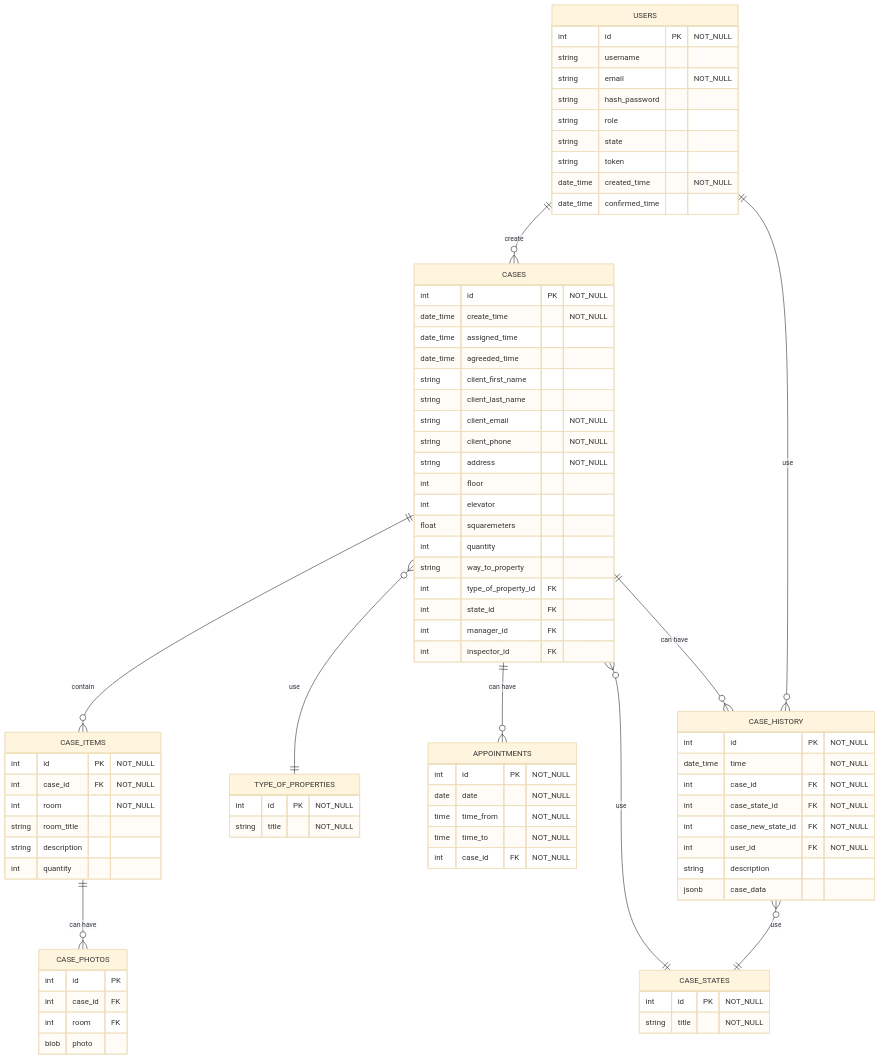
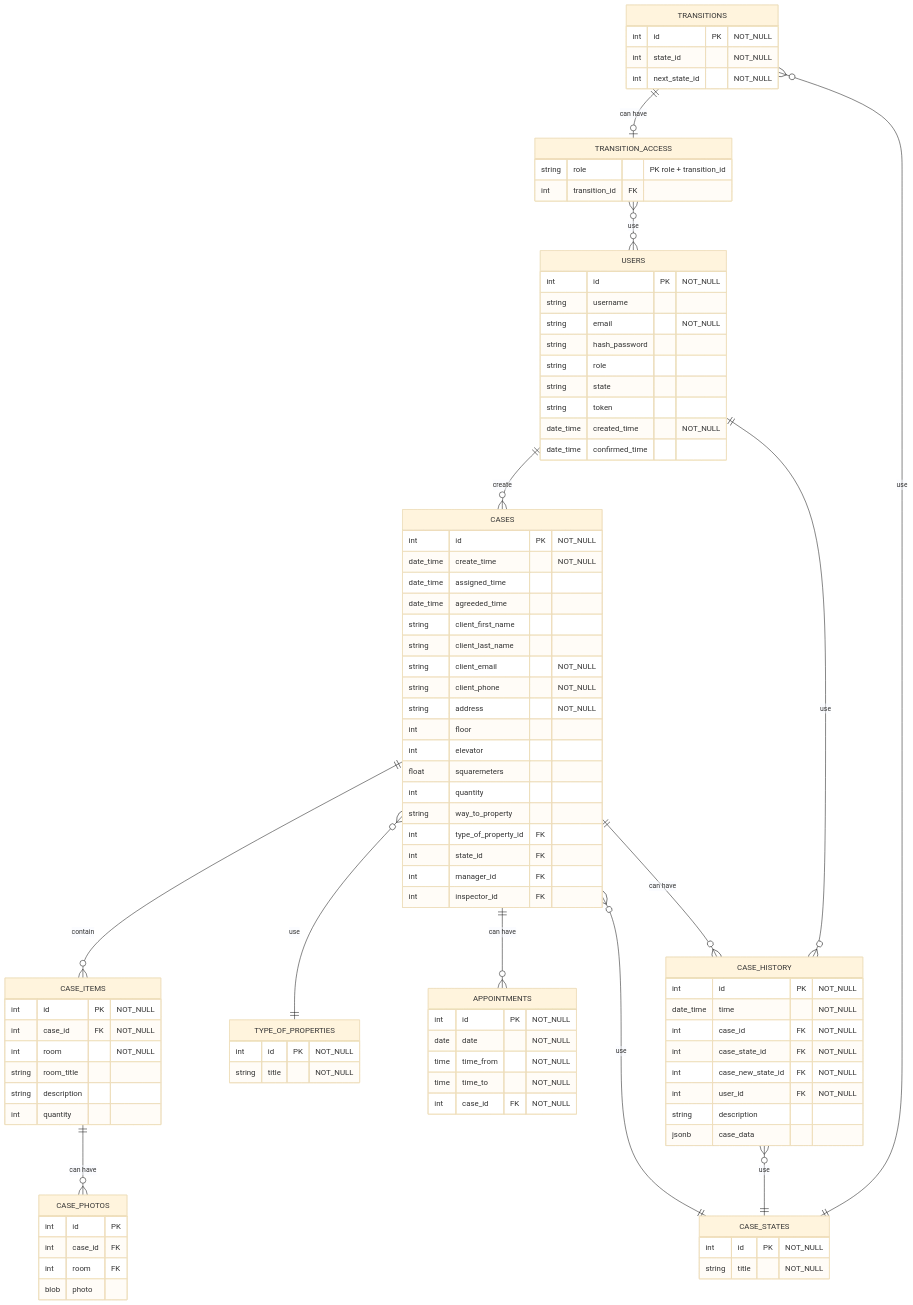
One commit to WildCodeSchool/2022-07-EN-Berlin-Remote1-Project3Planning changed the sixth of 6 diagrams in README.md. Above: the diagram before and after it, drawn with Mermaid.

Commit message:
Added trasitions tables to ER diagram

````diff
--- a/README.md
+++ b/README.md
@@ -299,6 +299,9 @@
     CASE_HISTORY o{--|| CASE_STATES : use
     CASE_HISTORY o{--|| USERS : use
     CASE_ITEMS ||--o{ CASE_PHOTOS : "can have"
+    TRANSITIONS ||--o| TRANSITION_ACCESS: "can have"
+    TRANSITION_ACCESS o{--o{ USERS: "use"
+    TRANSITIONS o{--|| CASE_STATES : use
     
     
     USERS {
@@ -380,4 +383,15 @@
         jsonb case_data
         
     }
+    
+    TRANSITIONS{
+        int id PK "NOT_NULL"
+        int state_id "NOT_NULL"
+        int next_state_id "NOT_NULL"
+    }
+    
+    TRANSITION_ACCESS{
+        string role "PK role + transition_id"
+        int transition_id FK
+    }
 ```
````
